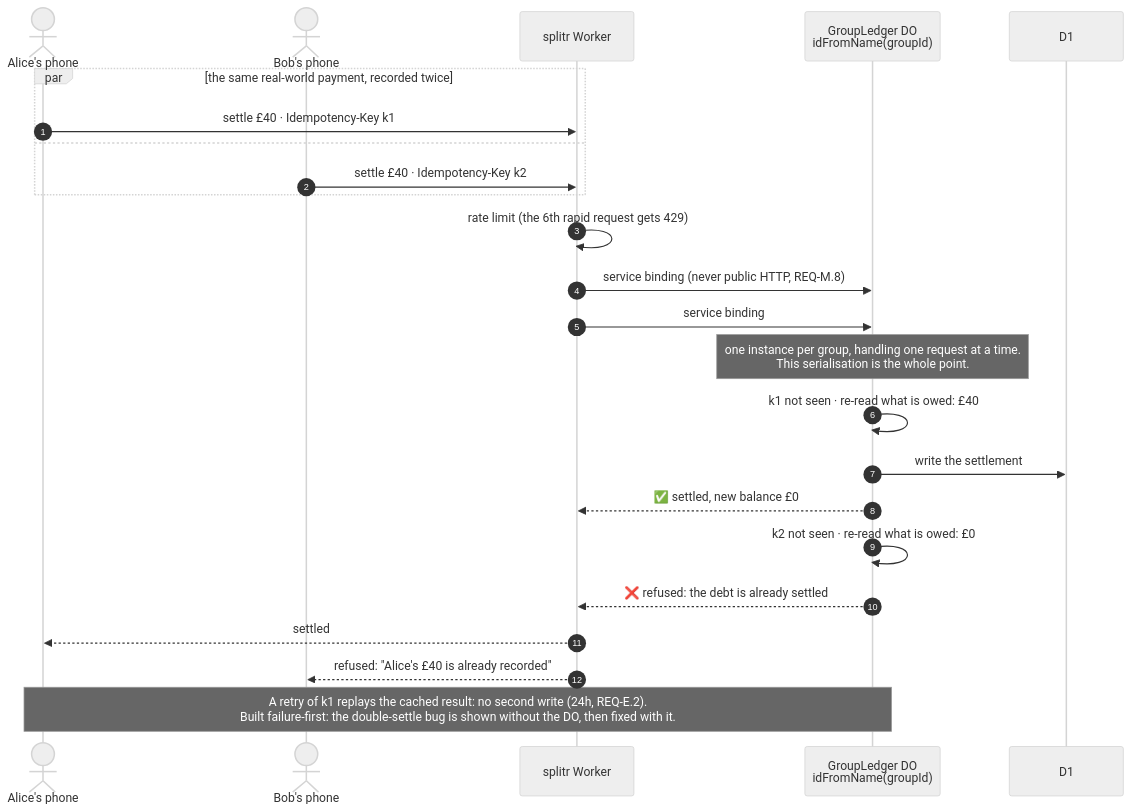
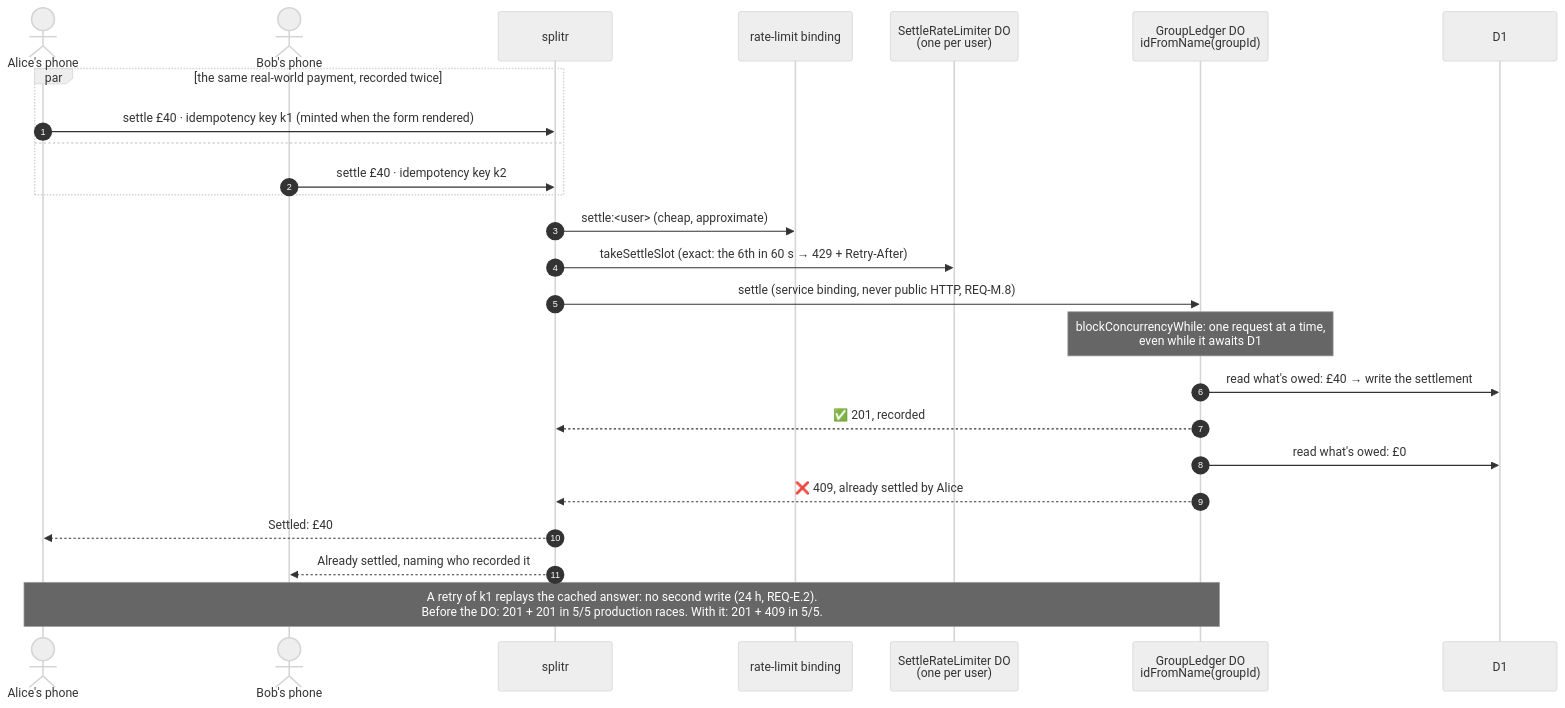
One commit to rafio-dgn/splitr changed the seventh of 11 diagrams in README.md. Above: the diagram before and after it, drawn with Mermaid (neutral theme). The commit also changed other lines of this file and 6 other files, not shown here.

First line of the commit message:
docs(x2): the README's architecture, redrawn as shipped

````diff
--- a/README.md
+++ b/README.md
@@ -288,27 +315,28 @@
 ```mermaid
 sequenceDiagram
     autonumber
     actor A as Alice's phone
     actor B as Bob's phone
-    participant W as splitr Worker
+    participant W as splitr
+    participant RL as rate-limit binding
+    participant SRL as SettleRateLimiter DO<br/>(one per user)
     participant DO as GroupLedger DO<br/>idFromName(groupId)
     participant D1 as D1
 
     par the same real-world payment, recorded twice
-        A->>W: settle £40 · Idempotency-Key k1
+        A->>W: settle £40 · idempotency key k1 (minted when the form rendered)
     and
-        B->>W: settle £40 · Idempotency-Key k2
+        B->>W: settle £40 · idempotency key k2
     end
-    W->>W: rate limit (the 6th rapid request gets 429)
-    W->>DO: service binding (never public HTTP, REQ-M.8)
-    W->>DO: service binding
-    Note over DO: one instance per group, handling one request at a time.<br/>This serialisation is the whole point.
-    DO->>DO: k1 not seen · re-read what is owed: £40
-    DO->>D1: write the settlement
-    DO-->>W: ✅ settled, new balance £0
-    DO->>DO: k2 not seen · re-read what is owed: £0
-    DO-->>W: ❌ refused: the debt is already settled
-    W-->>A: settled
-    W-->>B: refused: "Alice's £40 is already recorded"
-    Note over A,DO: A retry of k1 replays the cached result: no second write (24h, REQ-E.2).<br/>Built failure-first: the double-settle bug is shown without the DO, then fixed with it.
+    W->>RL: settle:<user> (cheap, approximate)
+    W->>SRL: takeSettleSlot (exact: the 6th in 60 s → 429 + Retry-After)
+    W->>DO: settle (service binding, never public HTTP, REQ-M.8)
+    Note over DO: blockConcurrencyWhile: one request at a time,<br/>even while it awaits D1
+    DO->>D1: read what's owed: £40 → write the settlement
+    DO-->>W: ✅ 201, recorded
+    DO->>D1: read what's owed: £0
+    DO-->>W: ❌ 409, already settled by Alice
+    W-->>A: Settled: £40
+    W-->>B: Already settled, naming who recorded it
+    Note over A,DO: A retry of k1 replays the cached answer: no second write (24 h, REQ-E.2).<br/>Before the DO: 201 + 201 in 5/5 production races. With it: 201 + 409 in 5/5.
 ```
````
